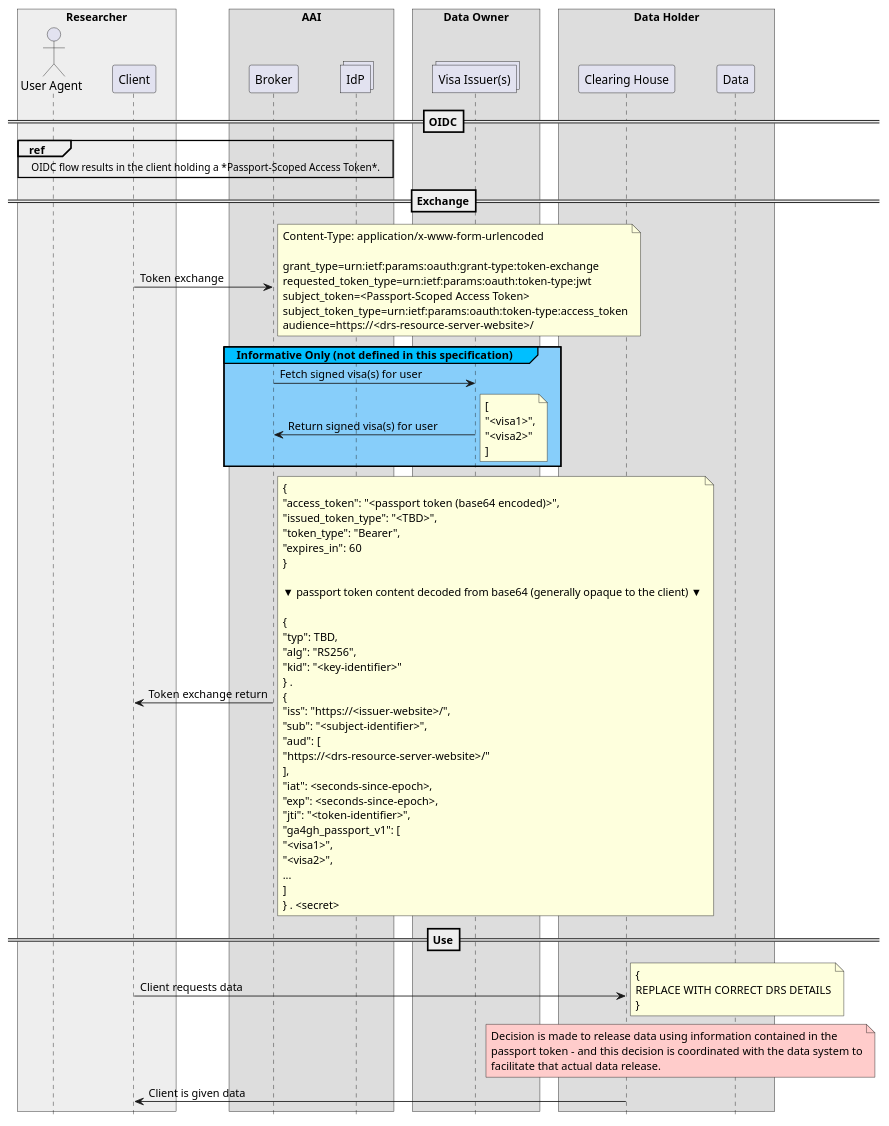
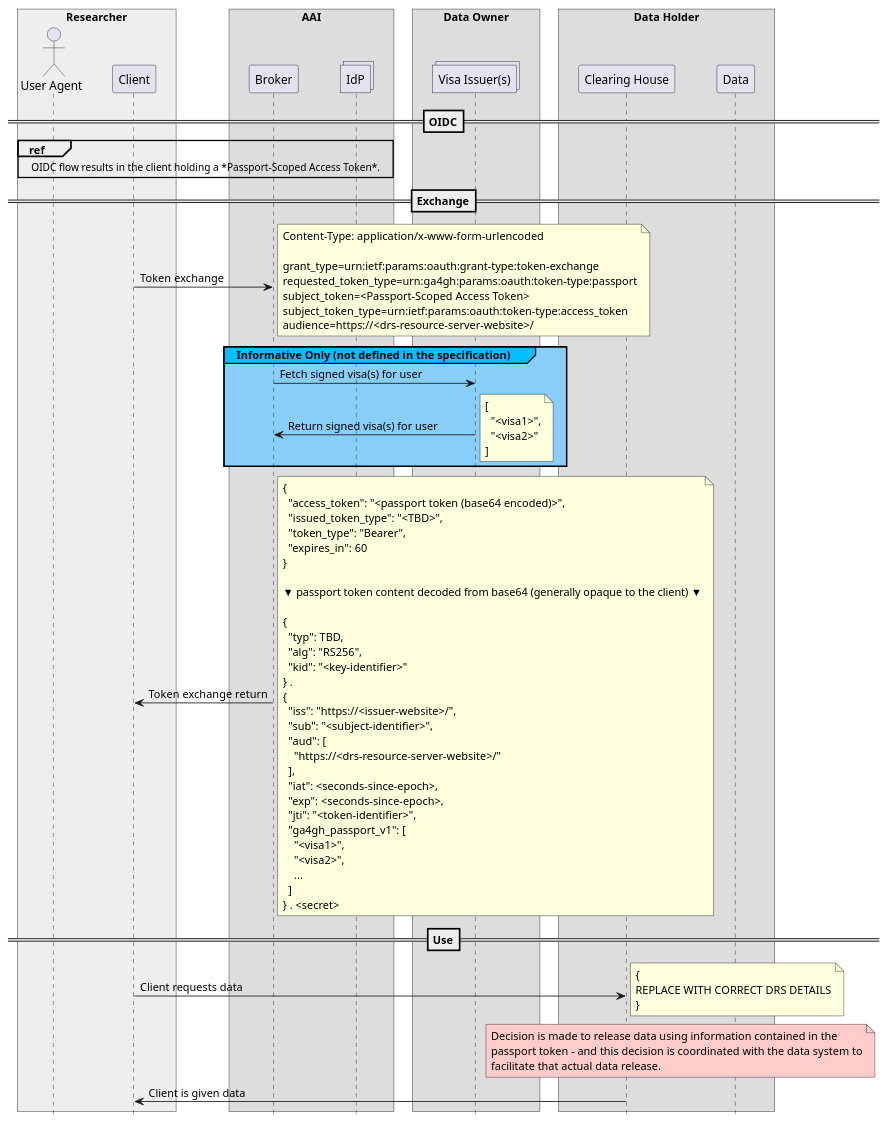
Before and after one commit to ga4gh/data-security: the second of 2 diagrams in AAI/FAQ.md, drawn with PlantUML. The commit also changed other lines of this file, not shown here.

Commit message:
Leading spaces in diagrams

```diff
--- a/AAI/FAQ.md
+++ b/AAI/FAQ.md
@@ -158,19 +157,19 @@
 Content-Type: application/x-www-form-urlencoded
 
 grant_type=urn:ietf:params:oauth:grant-type:token-exchange
-requested_token_type=urn:ietf:params:oauth:token-type:jwt
+requested_token_type=urn:ga4gh:params:oauth:token-type:passport
 subject_token=<Passport-Scoped Access Token>
 subject_token_type=urn:ietf:params:oauth:token-type:access_token
 audience=https://<drs-resource-server-website>/
 end note
 
-group#DeepSkyBlue #LightSkyBlue Informative Only (not defined in this specification)
+group#DeepSkyBlue #LightSkyBlue Informative Only (not defined in the specification)
 broker -> issuers : Fetch signed visa(s) for user
 broker <- issuers : Return signed visa(s) for user
 note right
 [
-"<visa1>",
-"<visa2>"
+  "<visa1>",
+  "<visa2>"
 ]
 end note
 end
@@ -178,33 +177,33 @@
 client <- broker : Token exchange return
 note right
 {
-"access_token": "<passport token (base64 encoded)>",
-"issued_token_type": "<TBD>",
-"token_type": "Bearer",
-"expires_in": 60
+  "access_token": "<passport token (base64 encoded)>",
+  "issued_token_type": "<TBD>",
+  "token_type": "Bearer",
+  "expires_in": 60
 }
 
 ▼ passport token content decoded from base64 (generally opaque to the client) ▼
 
 {
-"typ": TBD,
-"alg": "RS256",
-"kid": "<key-identifier>"
+  "typ": TBD,
+  "alg": "RS256",
+  "kid": "<key-identifier>"
 } .
 {
-"iss": "https://<issuer-website>/",
-"sub": "<subject-identifier>",
-"aud": [
-"https://<drs-resource-server-website>/"
-],
-"iat": <seconds-since-epoch>,
-"exp": <seconds-since-epoch>,
-"jti": "<token-identifier>",
-"ga4gh_passport_v1": [
-"<visa1>",
-"<visa2>",
-...
-]
+  "iss": "https://<issuer-website>/",
+  "sub": "<subject-identifier>",
+  "aud": [
+    "https://<drs-resource-server-website>/"
+  ],
+  "iat": <seconds-since-epoch>,
+  "exp": <seconds-since-epoch>,
+  "jti": "<token-identifier>",
+  "ga4gh_passport_v1": [
+    "<visa1>",
+    "<visa2>",
+    ...
+  ]
 } . <secret>
 end note
 
```
